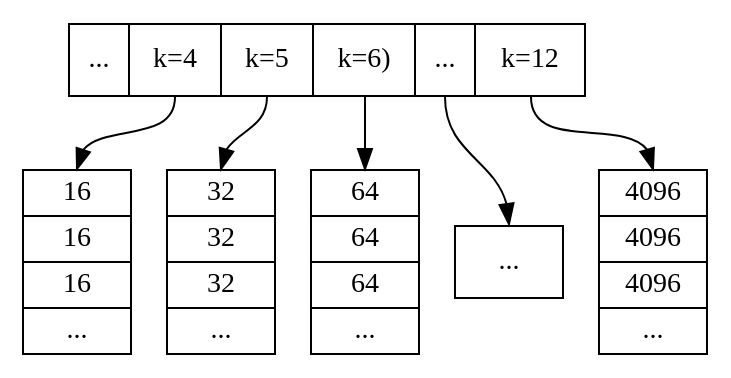
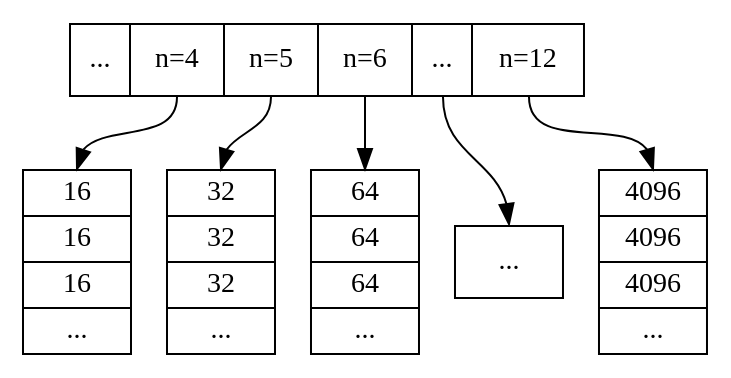
One commit to ohscar/rmalloc changed the diagram in doc/paper/graphics/buddyalloc-2k-list.dot. Above: the diagram before and after it, drawn with Graphviz. The commit also changed 11 other files, not shown here.

```diff
--- a/doc/paper/graphics/buddyalloc-2k-list.dot
+++ b/doc/paper/graphics/buddyalloc-2k-list.dot
@@ -1,20 +1,20 @@
 digraph before {
     node [shape=record];
 
     rankdir=TB;
     
-    free [label="...|<s4> k=4|<s5> k=5|<s6> k=6)|<sdot>...|<s12> k=12"];
+    free [label="...|<s4> n=4|<s5> n=5|<s6> n=6|<sdot>...|<s12> n=12"];
     s4s [label="{<s40> 16|<s41> 16|<s42> 16|...}"];
     s5s [label="{<s50> 32|<s51> 32|<s52> 32|...}"];
     s6s [label="{<s60> 64|<s61> 64|<s62> 64|...}"];
     s12s [label="{<s120> 4096|<s121> 4096|<s122> 4096|...}"];
     sdot_11s [label="{<sdot0>...}"];
 
     free:s4:s -> s4s:s40:n;
     free:s5:s -> s5s:s50:n;
     free:s6:s -> s6s:s60:n;
     free:s12:s -> s12s:s120:n;
     free:sdot:s -> sdot_11s:sdot0:n;
     
     {rank=same; s4s s5s s6s s12s sdot_11s}
 }
```
